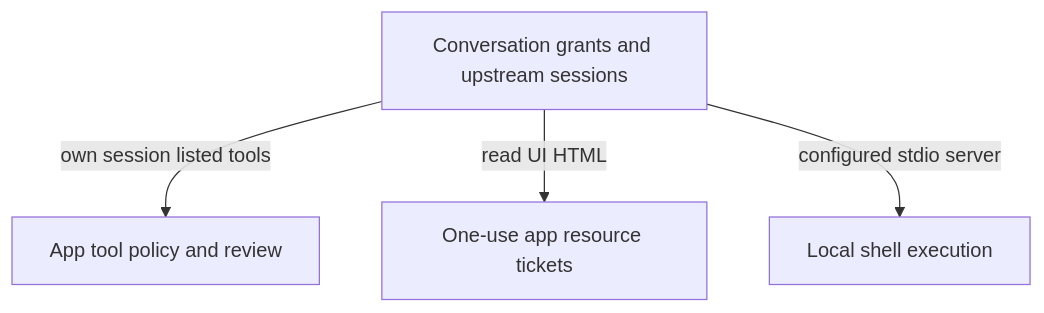
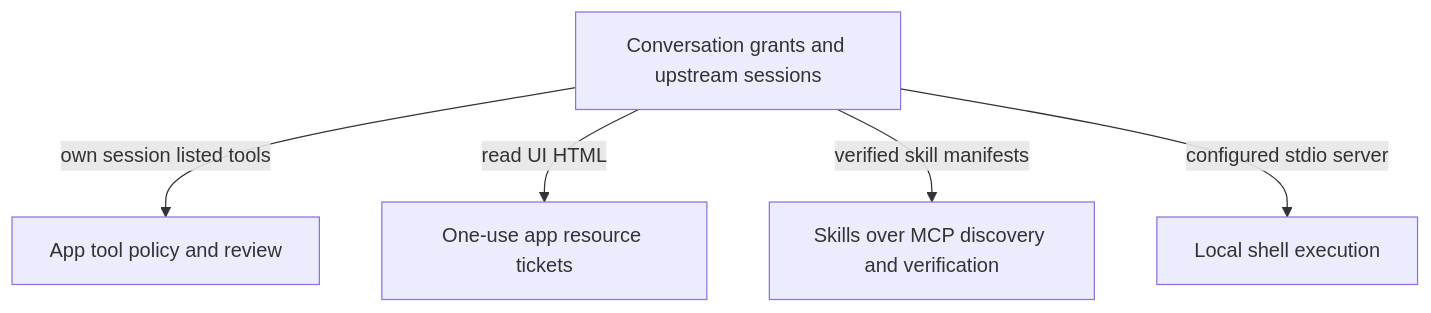
The diagram in docs/state/services/mcp/README.md (nessalabs/nessa-agent), drawn with Mermaid before and after one commit. The commit also changed other lines of this file and 1 other file, not shown here.

Commit message:
docs(state): record mcp-skills statechart and TLC modelCheck checkpoint (#1440)

````diff
--- a/docs/state/services/mcp/README.md
+++ b/docs/state/services/mcp/README.md
@@ -32,10 +33,12 @@
 ```mermaid
 flowchart TB
     Sessions[Conversation grants and upstream sessions]
     Policy[App tool policy and review]
     Resources[One-use app resource tickets]
+    Skills[Skills over MCP discovery and verification]
     Shell[Local shell execution]
     Sessions -->|own session listed tools| Policy
     Sessions -->|read UI HTML| Resources
+    Sessions -->|verified skill manifests| Skills
     Sessions -->|configured stdio server| Shell
 ```
````
